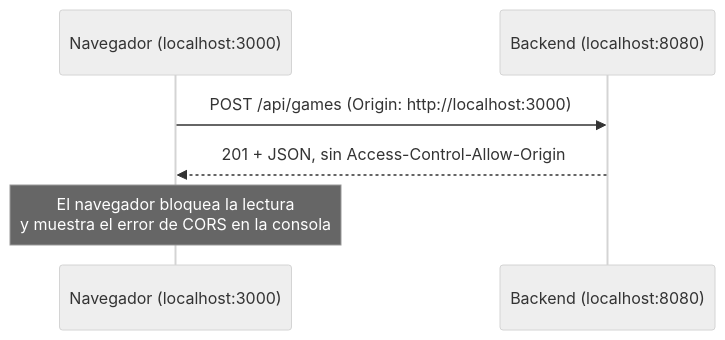
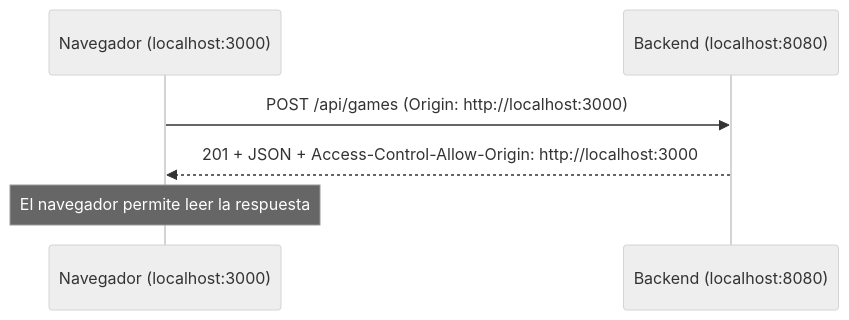
One commit to BryanDZV/PhrasalVerb_FrontEnd changed the third of 3 diagrams in README.md. Above: the diagram before and after it, drawn with Mermaid (neutral theme). The commit also changed other lines of this file, not shown here.

Commit message:
docs: update README with CORS and game board

````diff
--- a/README.md
+++ b/README.md
@@ -114,8 +127,8 @@
 ```mermaid
 sequenceDiagram
     participant F as Navegador (localhost:3000)
     participant B as Backend (localhost:8080)
     F->>B: POST /api/games (Origin: http://localhost:3000)
-    B-->>F: 201 + JSON, sin Access-Control-Allow-Origin
-    Note over F: El navegador bloquea la lectura<br/>y muestra el error de CORS en la consola
+    B-->>F: 201 + JSON + Access-Control-Allow-Origin: http://localhost:3000
+    Note over F: El navegador permite leer la respuesta
 ```
````
